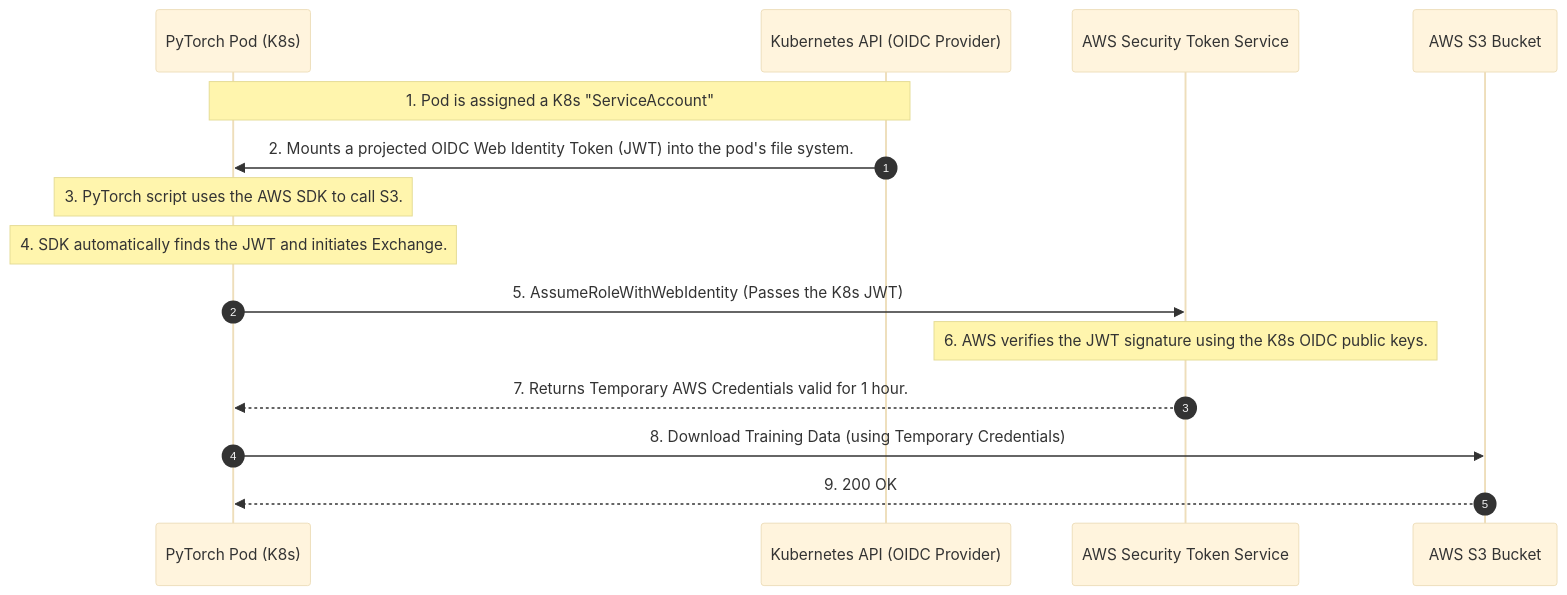
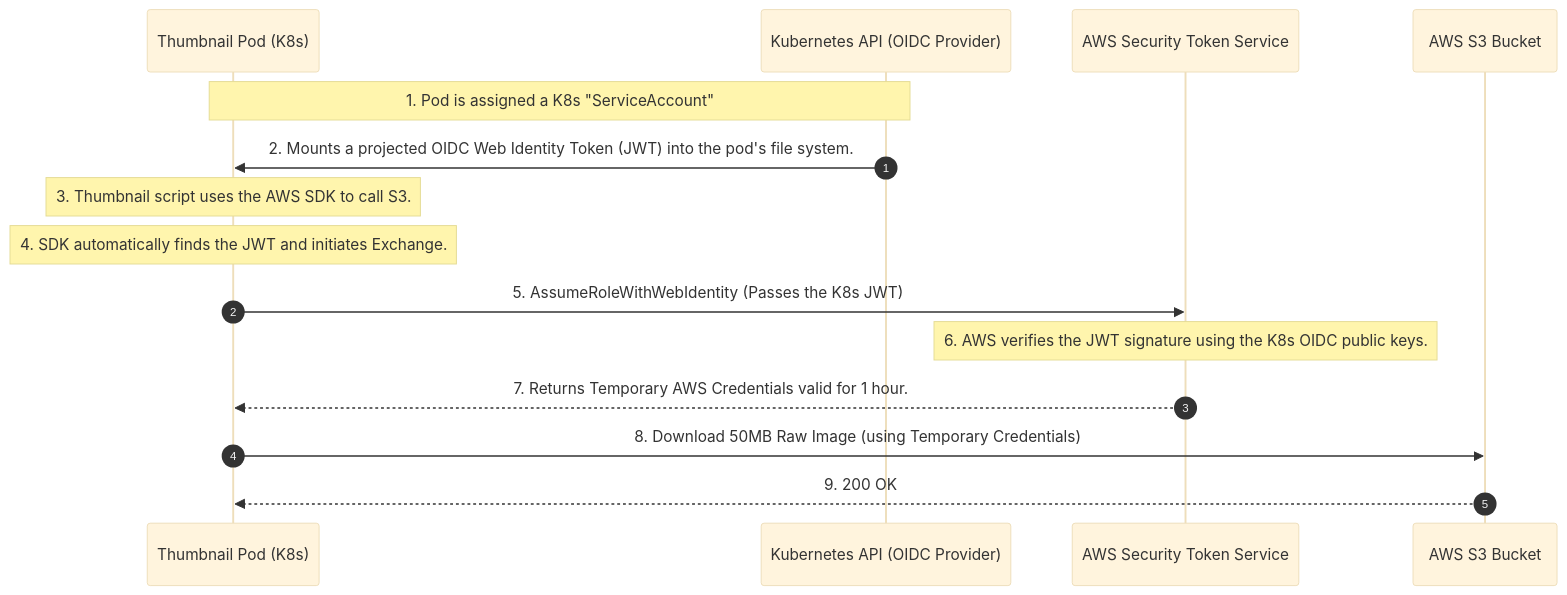
The third of 4 diagrams in Quiz/05_machine_to_machine_m2m_and_workload_identity.md (nirajp82/IdentityAccessManagement_IAM), drawn with Mermaid (base theme) before and after one commit. The commit also changed other lines of this file, not shown here.

````diff
--- a/Quiz/05_machine_to_machine_m2m_and_workload_identity.md
+++ b/Quiz/05_machine_to_machine_m2m_and_workload_identity.md
@@ -189,23 +185,23 @@
 ```mermaid
 sequenceDiagram
     autonumber
-    participant Pod as PyTorch Pod (K8s)
+    participant Pod as Thumbnail Pod (K8s)
     participant Kube as Kubernetes API (OIDC Provider)
     participant AWS_STS as AWS Security Token Service
     participant S3 as AWS S3 Bucket
 
     Note over Pod,Kube: 1. Pod is assigned a K8s "ServiceAccount"
     Kube->>Pod: 2. Mounts a projected OIDC Web Identity Token (JWT) into the pod's file system.
     
-    Note over Pod: 3. PyTorch script uses the AWS SDK to call S3.
+    Note over Pod: 3. Thumbnail script uses the AWS SDK to call S3.
     Note over Pod: 4. SDK automatically finds the JWT and initiates Exchange.
     
     Pod->>AWS_STS: 5. AssumeRoleWithWebIdentity (Passes the K8s JWT)
     
     Note over AWS_STS: 6. AWS verifies the JWT signature using the K8s OIDC public keys.
     AWS_STS-->>Pod: 7. Returns Temporary AWS Credentials valid for 1 hour.
     
-    Pod->>S3: 8. Download Training Data (using Temporary Credentials)
+    Pod->>S3: 8. Download 50MB Raw Image (using Temporary Credentials)
     S3-->>Pod: 9. 200 OK
 
 ```
````
